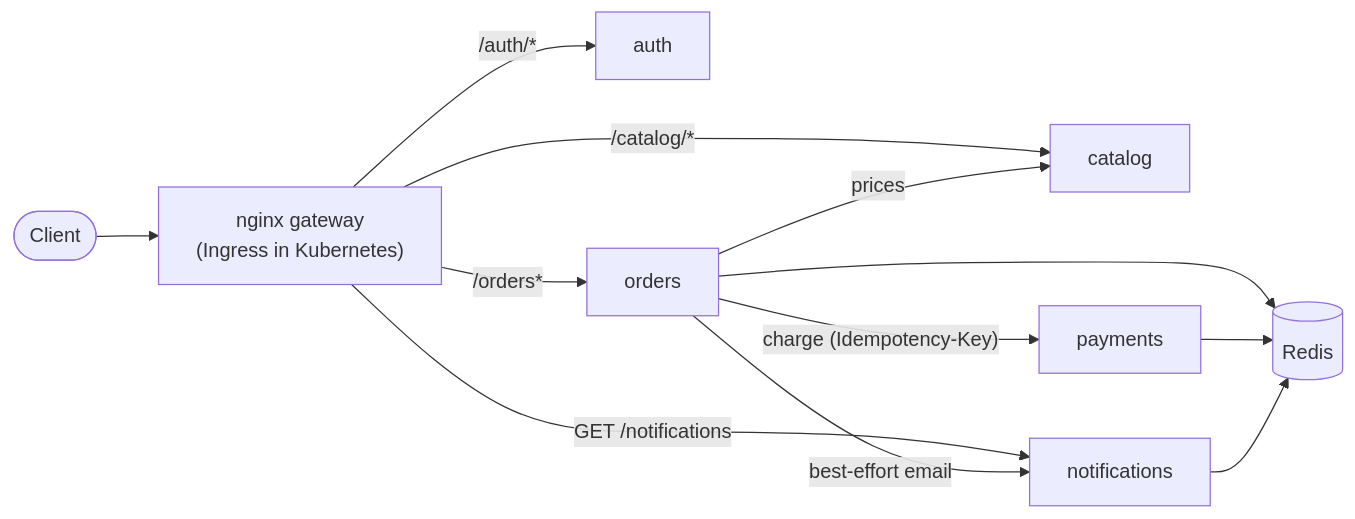
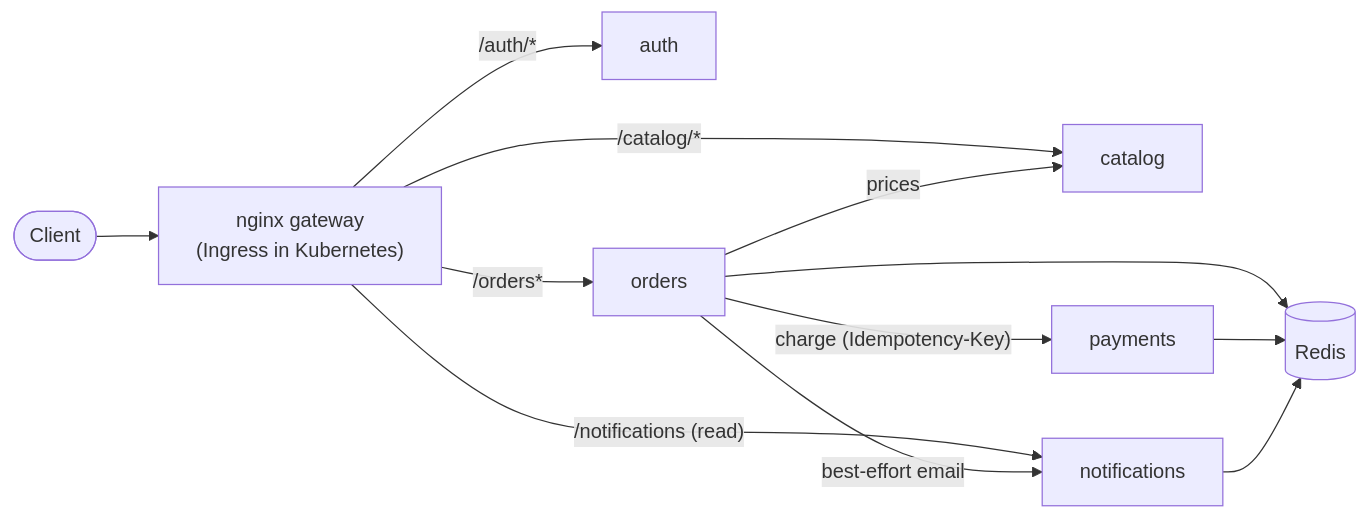
One commit to dsgnbyalexx/eks-microservices-gitops-platform changed the first of 2 diagrams in README.md. Above: the diagram before and after it, drawn with Mermaid. The commit also changed other lines of this file and 23 other files, not shown here.

First line of the commit message:
feat(k8s): add Helm chart and run the platform on local Kubernetes

````diff
--- a/README.md
+++ b/README.md
@@ -27,14 +29,14 @@
 ```mermaid
 flowchart LR
     client([Client]) --> gw["nginx gateway<br/>(Ingress in Kubernetes)"]
     gw -- "/auth/*" --> auth[auth]
     gw -- "/catalog/*" --> catalog[catalog]
     gw -- "/orders*" --> orders[orders]
-    gw -- "GET /notifications" --> notifications[notifications]
+    gw -- "/notifications (read)" --> notifications[notifications]
     orders -- "prices" --> catalog
     orders -- "charge (Idempotency-Key)" --> payments[payments]
     orders -- "best-effort email" --> notifications
     orders --> redis[(Redis)]
     payments --> redis
     notifications --> redis
 ```
````
